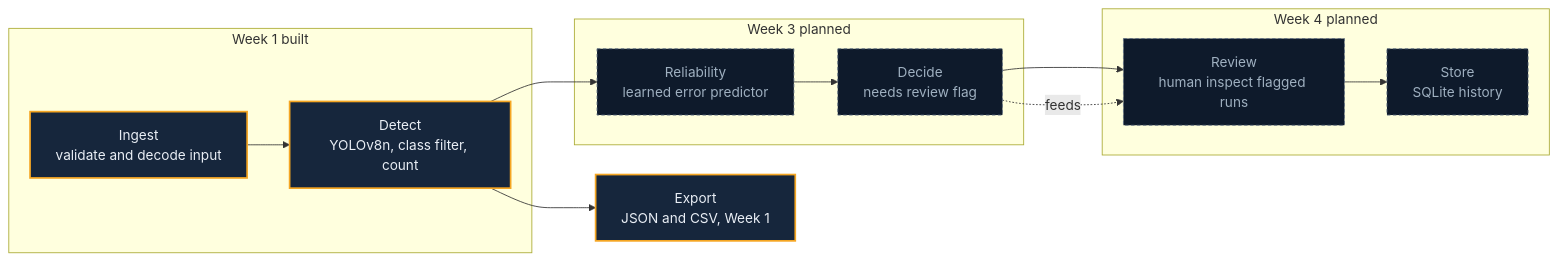
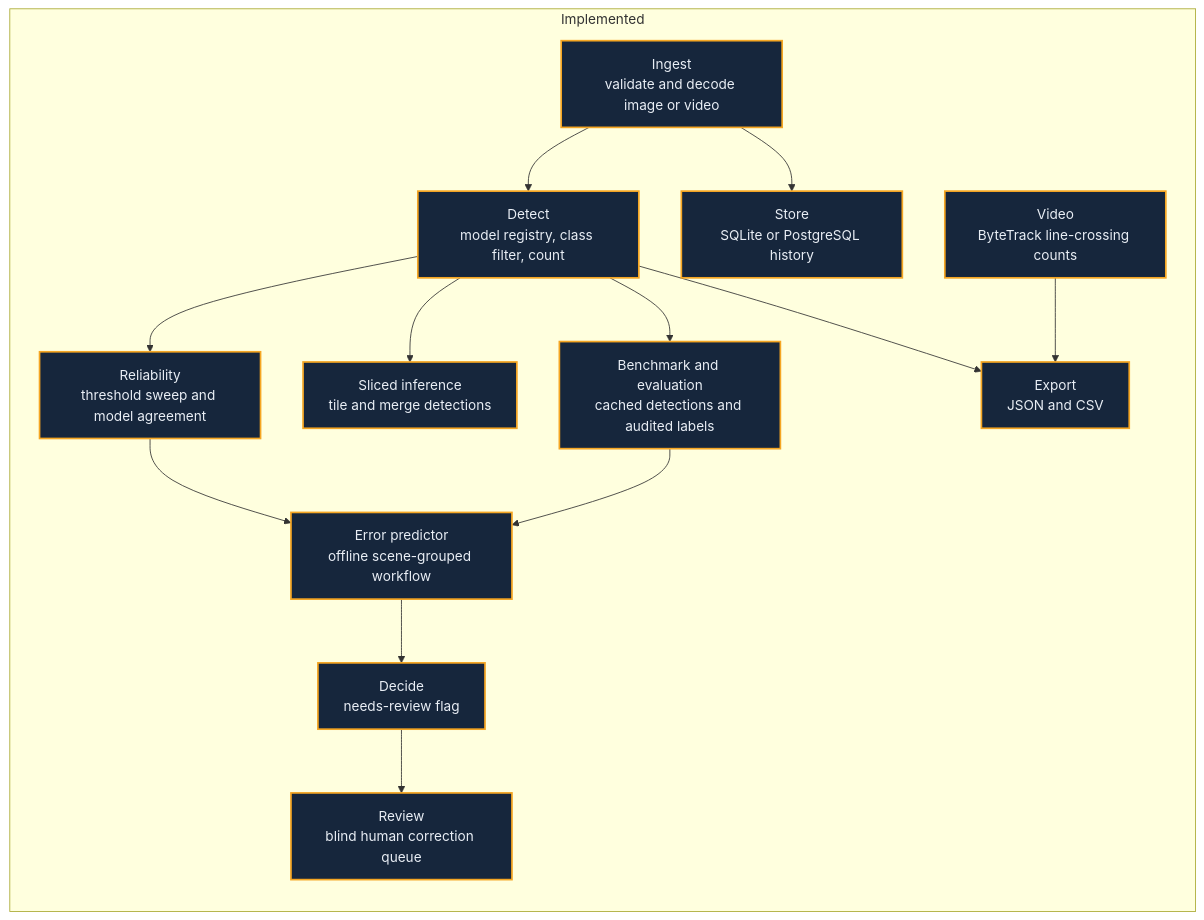
The diagram in docs/architecture.mmd (bakhtawar7/TrafficLens), drawn with Mermaid before and after one commit.

Commit message:
docs: refresh architecture diagram statuses

```diff
--- a/docs/architecture.mmd
+++ b/docs/architecture.mmd
@@ -1,22 +1,29 @@
 flowchart LR
-    subgraph W1[Week 1 built]
-        ING[Ingest<br/>validate and decode input]
-        DET[Detect<br/>YOLOv8n, class filter, count]
-    end
-    subgraph W3[Week 3 planned]
-        REL[Reliability<br/>learned error predictor]
-        DEC[Decide<br/>needs review flag]
-    end
-    subgraph W4[Week 4 planned]
-        REV[Review<br/>human inspect flagged runs]
-        STO[Store<br/>SQLite history]
+    subgraph IMPLEMENTED[Implemented]
+        ING[Ingest<br/>validate and decode image or video]
+        DET[Detect<br/>model registry, class filter, count]
+        REL[Reliability<br/>threshold sweep and model agreement]
+        DEC[Decide<br/>needs-review flag]
+        REV[Review<br/>blind human correction queue]
+        STO[Store<br/>SQLite or PostgreSQL history]
+        VID[Video<br/>ByteTrack line-crossing counts]
+        BM[Benchmark and evaluation<br/>cached detections and audited labels]
+        PRED[Error predictor<br/>offline scene-grouped workflow]
+        EXP[Export<br/>JSON and CSV]
+        SLC[Sliced inference<br/>tile and merge detections]
     end
 
-    ING --> DET --> REL --> DEC --> REV --> STO
-    DET --> EXP[Export<br/>JSON and CSV, Week 1]
-    DEC -. feeds .-> REV
+    ING --> DET
+    DET --> REL
+    DET --> SLC
+    DET --> BM
+    REL --> PRED
+    BM --> PRED
+    PRED --> DEC
+    DEC --> REV
+    ING --> STO
+    VID --> EXP
+    DET --> EXP
 
     classDef built fill:#16263c,stroke:#f5a623,stroke-width:2px,color:#e9eef5;
-    classDef planned fill:#0e1a2b,stroke:#5b6b7f,stroke-dasharray:4 3,color:#9fb0c0;
-    class ING,DET,EXP built;
-    class REL,DEC,REV,STO planned;
+    class ING,DET,REL,DEC,REV,STO,VID,BM,PRED,EXP,SLC built;
```
